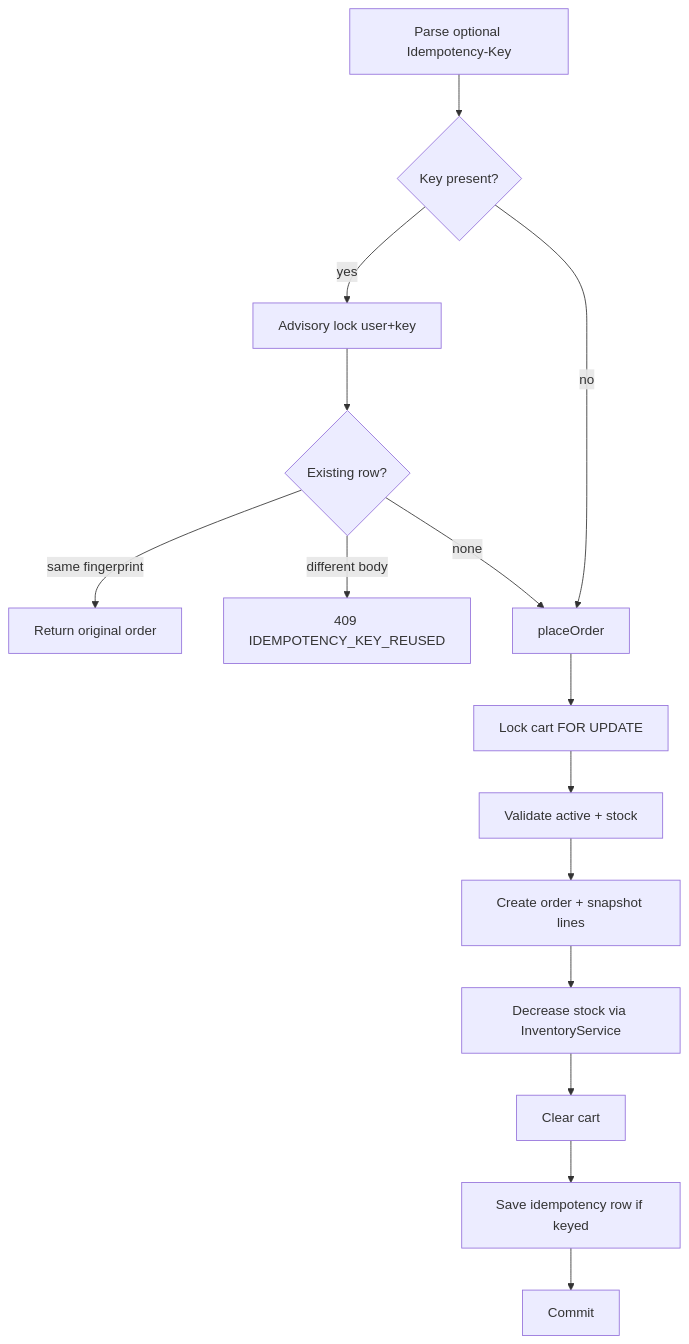
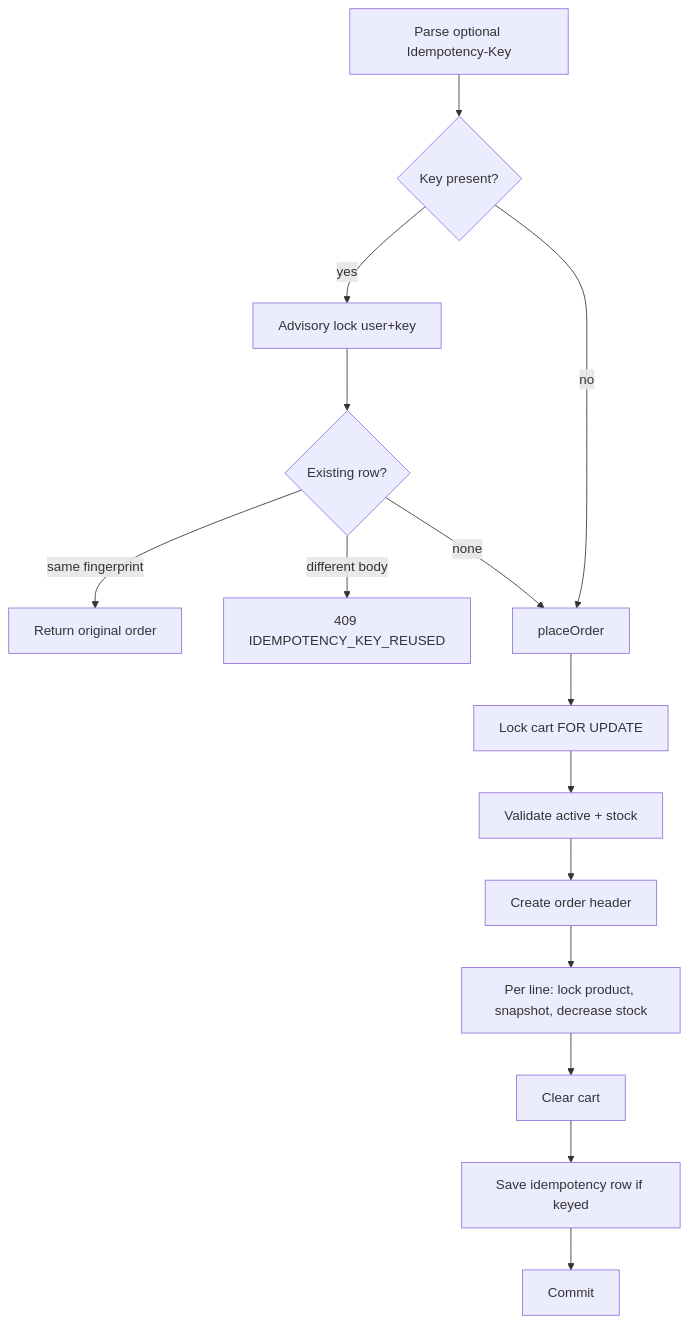
One commit to n0ah-n0wa/CartForge changed the second of 2 diagrams in docs/database.md. Above: the diagram before and after it, drawn with Mermaid. The commit also changed other lines of this file and 124 other files, not shown here.

````diff
--- a/docs/database.md
+++ b/docs/database.md
@@ -214,17 +217,17 @@
 ```mermaid
 flowchart TD
   A[Parse optional Idempotency-Key] --> B{Key present?}
   B -->|yes| C[Advisory lock user+key]
   C --> D{Existing row?}
   D -->|same fingerprint| E[Return original order]
   D -->|different body| F[409 IDEMPOTENCY_KEY_REUSED]
   D -->|none| G[placeOrder]
   B -->|no| G
   G --> H[Lock cart FOR UPDATE]
   H --> I[Validate active + stock]
-  I --> J[Create order + snapshot lines]
-  J --> K[Decrease stock via InventoryService]
+  I --> J[Create order header]
+  J --> K[Per line: lock product, snapshot, decrease stock]
   K --> L[Clear cart]
   L --> M[Save idempotency row if keyed]
   M --> N[Commit]
 ```
````
